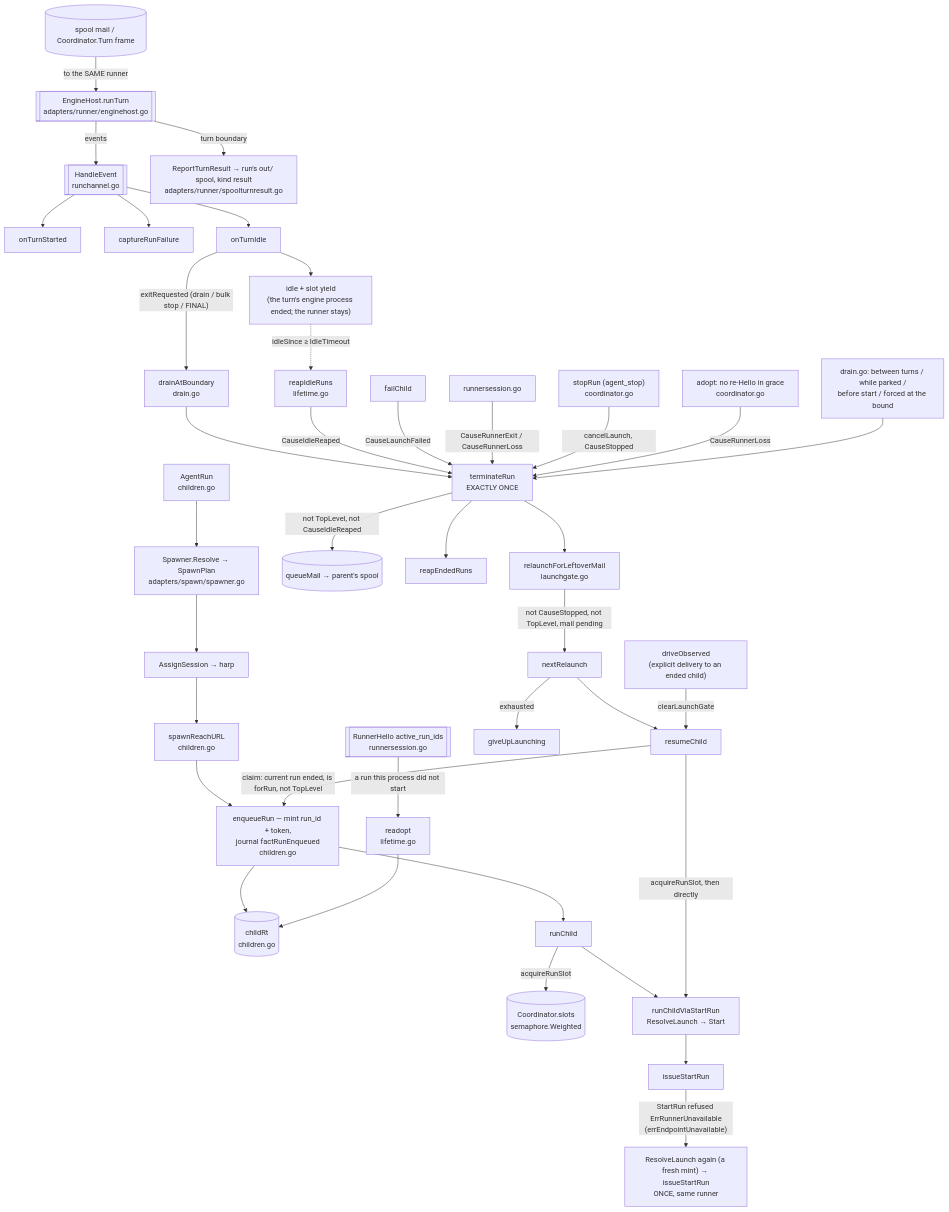
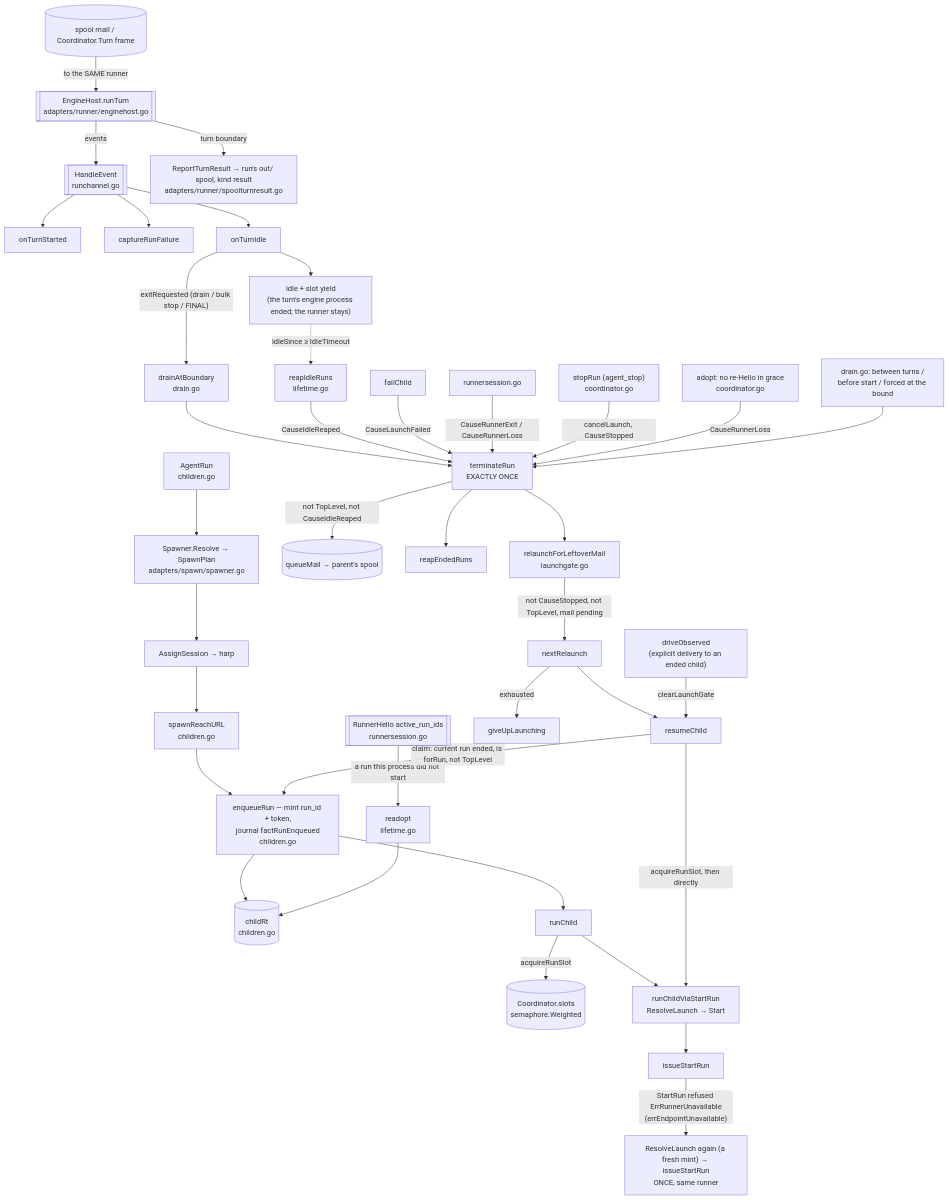
One commit to ctxloom/ctxloom changed the diagram in docs/architecture/agentcoord/child-lifecycle.md. Above: the diagram before and after it, drawn with Mermaid. The commit also changed 5 other files, not shown here.

````diff
--- a/docs/architecture/agentcoord/child-lifecycle.md
+++ b/docs/architecture/agentcoord/child-lifecycle.md
@@ -17,38 +17,38 @@
 ```mermaid
 flowchart TD
   AR["AgentRun<br/>children.go"] --> RES["Spawner.Resolve → SpawnPlan<br/>adapters/spawn/spawner.go"]
   RES --> ASSIGN["AssignSession → harp"]
   ASSIGN --> URL["spawnReachURL<br/>children.go"]
   URL --> EQ["enqueueRun — mint run_id + token,<br/>journal factRunEnqueued<br/>children.go"]
   EQ --> RT[("childRt<br/>children.go")]
   EQ --> RC["runChild"]
   RC -->|acquireRunSlot| TS[("Coordinator.slots<br/>semaphore.Weighted")]
   RC --> VSR["runChildViaStartRun<br/>ResolveLaunch → Start"] --> ISR["issueStartRun"]
   ISR -->|"StartRun refused ErrRunnerUnavailable<br/>(errEndpointUnavailable)"| REBIND["ResolveLaunch again (a fresh mint) → issueStartRun<br/>ONCE, same runner"]
 
   ENG[["EngineHost.runTurn<br/>adapters/runner/enginehost.go"]] -->|events| RCH[["HandleEvent<br/>runchannel.go"]]
   ENG -->|turn boundary| TR["ReportTurnResult → run's out/ spool, kind result<br/>adapters/runner/spoolturnresult.go"]
   RCH --> OTS["onTurnStarted"]
   RCH --> CRF["captureRunFailure"]
   RCH --> OTI["onTurnIdle"]
   OTI -->|"exitRequested (drain / bulk stop / FINAL)"| DAB["drainAtBoundary<br/>drain.go"] --> TERM
   OTI --> IDLE["idle + slot yield<br/>(the turn's engine process ended; the runner stays)"]
   IDLE -.->|"idleSince ≥ IdleTimeout"| REAPER["reapIdleRuns<br/>lifetime.go"] -->|CauseIdleReaped| TERM
   MAILIN[("spool mail / Coordinator.Turn frame")] -->|"to the SAME runner"| ENG
   HELLO[["RunnerHello active_run_ids<br/>runnersession.go"]] -->|"a run this process did not start"| READOPT["readopt<br/>lifetime.go"] --> RT
 
   FC["failChild"] -->|CauseLaunchFailed| TERM["terminateRun<br/>EXACTLY ONCE"]
   RS["runnersession.go"] -->|"CauseRunnerExit / CauseRunnerLoss"| TERM
   STOP["stopRun (agent_stop)<br/>coordinator.go"] -->|"cancelLaunch, CauseStopped"| TERM
   GRACE["adopt: no re-Hello in grace<br/>coordinator.go"] -->|CauseRunnerLoss| TERM
-  DRAIN["drain.go: between turns / while parked /<br/>before start / forced at the bound"] --> TERM
+  DRAIN["drain.go: between turns /<br/>before start / forced at the bound"] --> TERM
   TERM -->|"not TopLevel, not CauseIdleReaped"| NOTICE[("queueMail → parent's spool")]
   TERM --> REAP["reapEndedRuns"]
   TERM --> RLM["relaunchForLeftoverMail<br/>launchgate.go"]
   RLM -->|"not CauseStopped, not TopLevel, mail pending"| NR["nextRelaunch"]
   NR -->|exhausted| GU["giveUpLaunching"]
   NR --> RSC["resumeChild"]
   DOBS["driveObserved<br/>(explicit delivery to an ended child)"] -->|clearLaunchGate| RSC
   RSC -->|"claim: current run ended, is forRun, not TopLevel"| EQ
   RSC -->|"acquireRunSlot, then directly"| VSR
 ```
````
